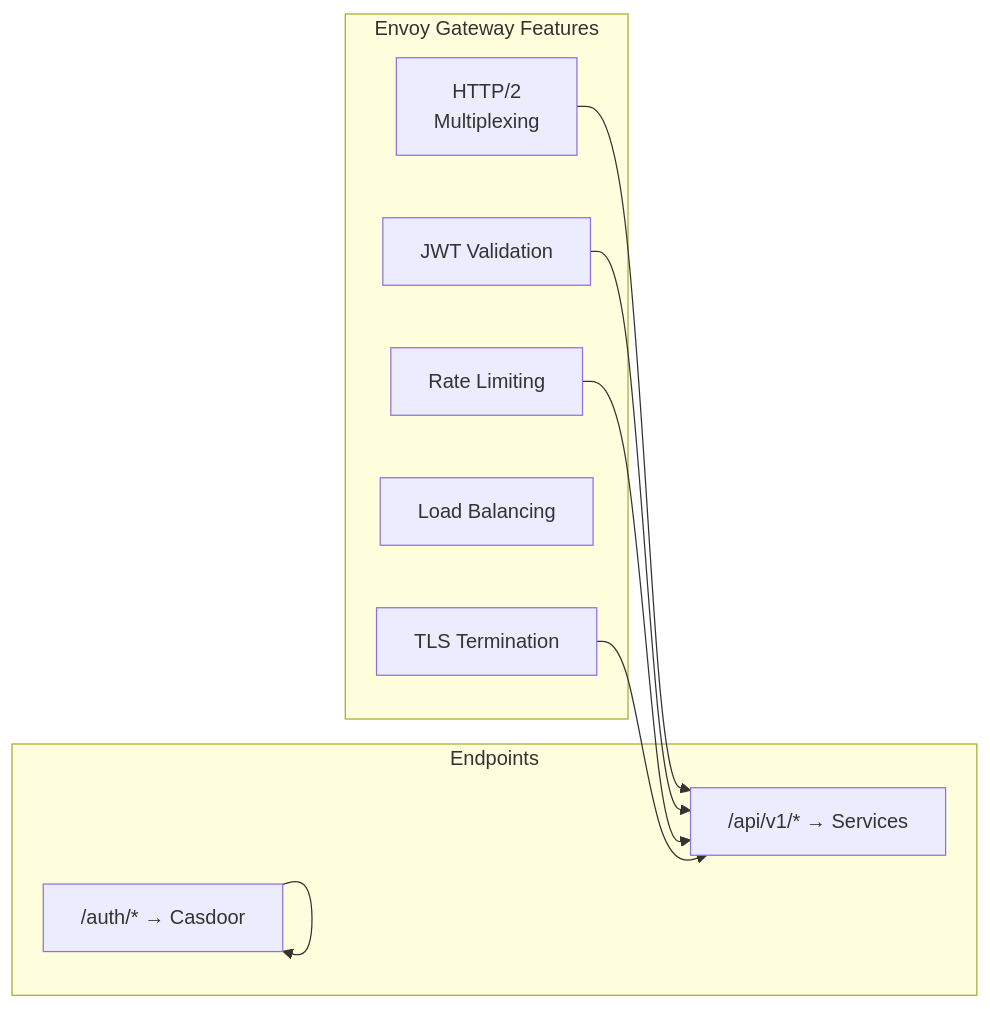
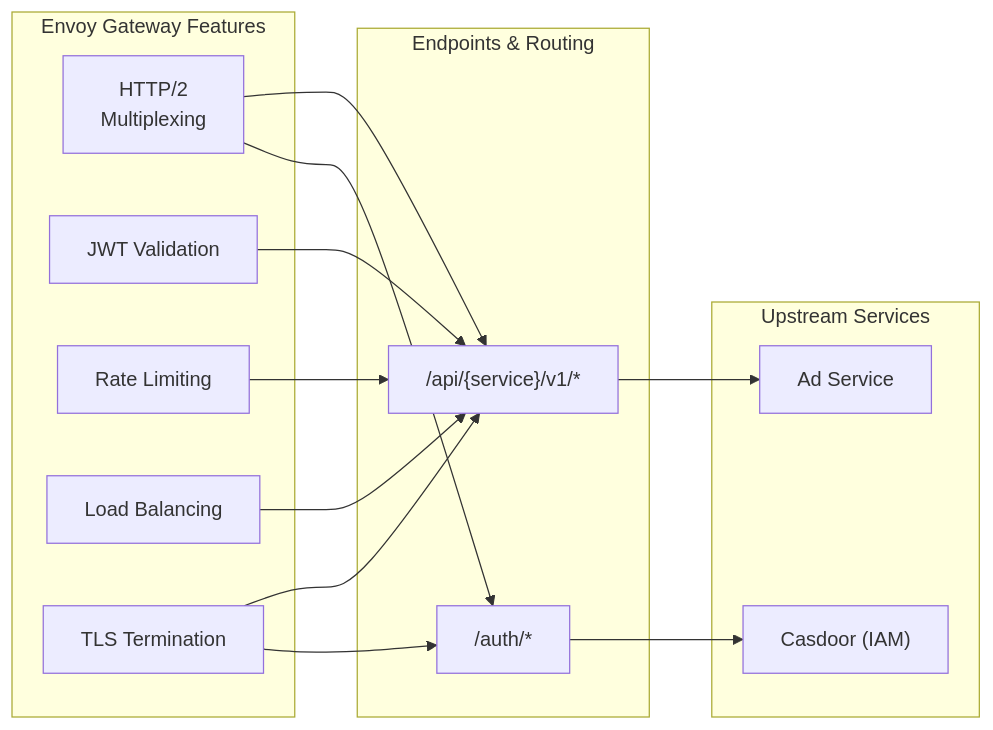
The fifth of 10 diagrams in docs/architecture/tech-stack.md (otuskotlin/202602-ok-marketplace), drawn with Mermaid before and after one commit. The commit also changed other lines of this file and 4 other files, not shown here.

````diff
--- a/docs/architecture/tech-stack.md
+++ b/docs/architecture/tech-stack.md
@@ -101,21 +106,35 @@
 ```mermaid
 graph LR
-    subgraph "Envoy Gateway Features"
+    subgraph Features ["Envoy Gateway Features"]
         HTTP2["HTTP/2<br/>Multiplexing"]
         JWTv["JWT Validation"]
         Rate["Rate Limiting"]
         LB["Load Balancing"]
         TLS["TLS Termination"]
     end
-    
-    subgraph "Endpoints"
-        API["/api/v1/* → Services"]
-        Auth["/auth/* → Casdoor"]
+
+    subgraph Endpoints ["Endpoints & Routing"]
+        API["/api/{service}/v1/*"]
+        Auth["/auth/*"]
     end
-    
+
+    subgraph Backends ["Upstream Services"]
+        MS["Ad Service"]
+        CD["Casdoor (IAM)"]
+    end
+
+%% Применяем фичи к основному API
     HTTP2 --> API
     JWTv --> API
     Rate --> API
     TLS --> API
-    Auth --> Auth
+    LB --> API
+
+%% Маршрутизация к конкретным сервисам
+    API --> MS
+    Auth --> CD
+
+%% Фичи для Auth (обычно только TLS и HTTP2)
+    TLS --> Auth
+    HTTP2 --> Auth
 ```
````
